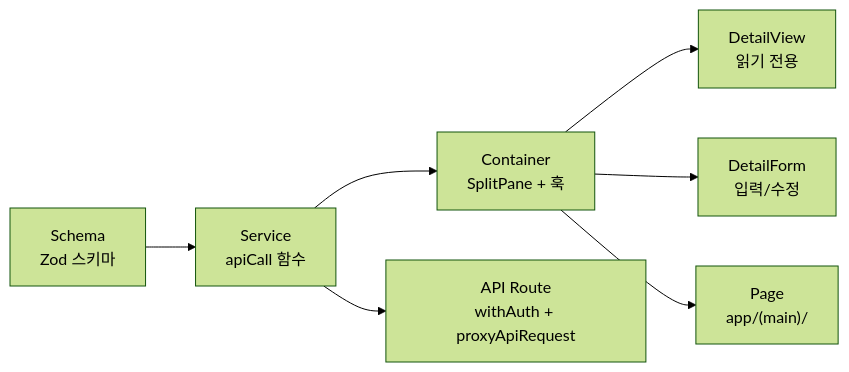
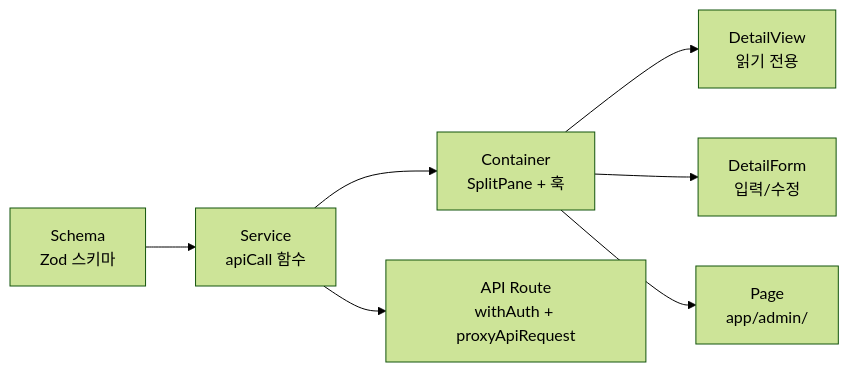
One commit to Danwoo/trading-lab changed the eighth of 8 diagrams in .docs/2-개발가이드/react-nextjs-프론트개발.md. Above: the diagram before and after it, drawn with Mermaid (forest theme). The commit also changed other lines of this file and 33 other files, not shown here.

````diff
--- a/.docs/2-개발가이드/react-nextjs-프론트개발.md
+++ b/.docs/2-개발가이드/react-nextjs-프론트개발.md
@@ -279,9 +280,9 @@
 ```mermaid
 flowchart LR
     S["Schema<br/>Zod 스키마"] --> SV["Service<br/>apiCall 함수"]
     SV --> CONT["Container<br/>SplitPane + 훅"]
     CONT --> DV["DetailView<br/>읽기 전용"]
     CONT --> DF["DetailForm<br/>입력/수정"]
-    CONT --> PAGE["Page<br/>app/(main)/"]
+    CONT --> PAGE["Page<br/>app/admin/"]
     SV --> API["API Route<br/>withAuth + proxyApiRequest"]
 ```
````
